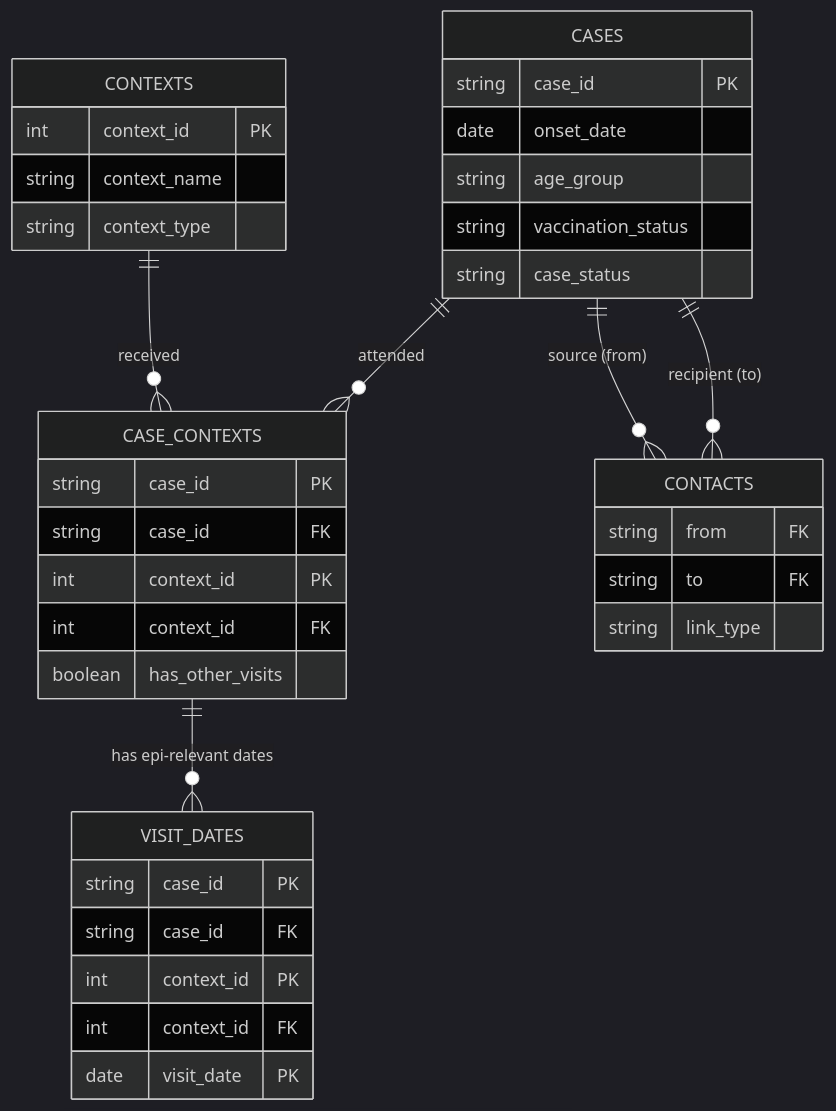
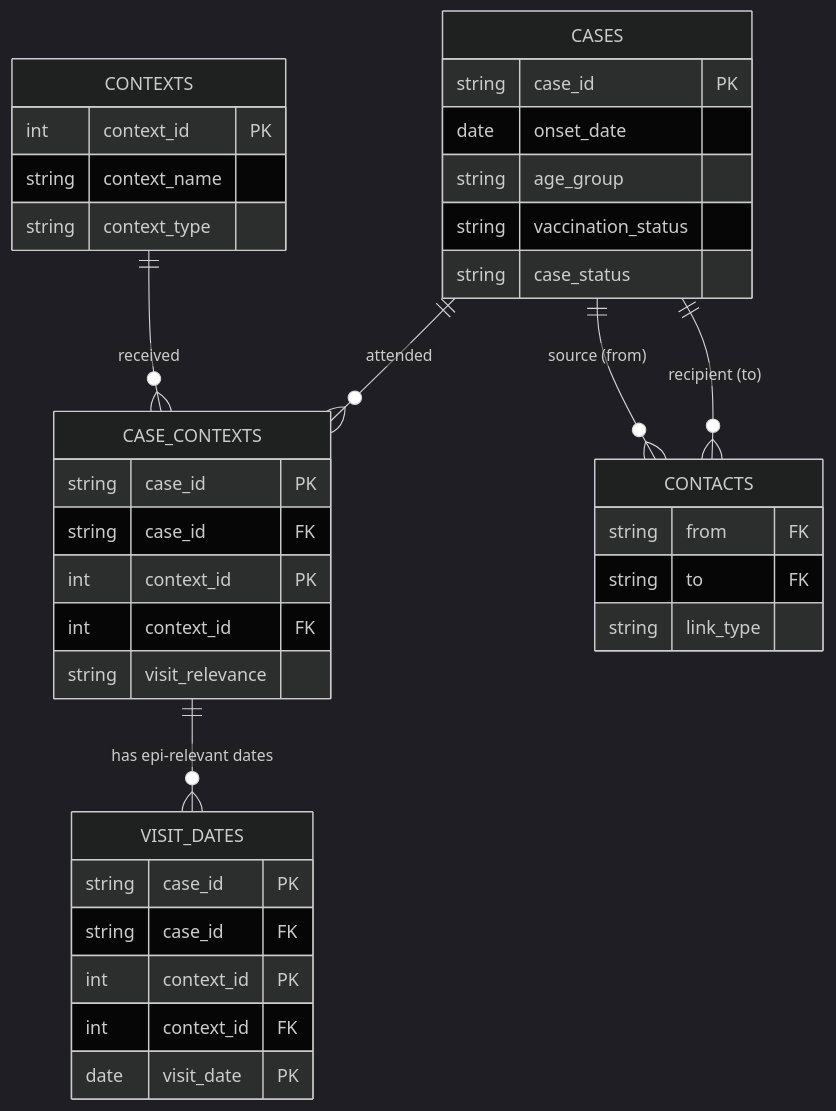
Before and after one commit to mgedmunds/network-diagram: the diagram in docs/data-model.md, drawn with Mermaid (dark theme). The commit also changed other lines of this file and 1 other file, not shown here.

First line of the commit message:
Update CLAUDE.md and data-model.md to reflect current schema

````diff
--- a/docs/data-model.md
+++ b/docs/data-model.md
@@ -81,45 +81,45 @@
 ```mermaid
 erDiagram
 
     CASES {
         string case_id PK
         date onset_date
         string age_group
         string vaccination_status
         string case_status
     }
 
     CONTEXTS {
         int context_id PK
         string context_name
         string context_type
     }
 
     CASE_CONTEXTS {
         string case_id PK
         string case_id FK
         int context_id PK
         int context_id FK
-        boolean has_other_visits
+        string visit_relevance
     }
 
     VISIT_DATES {
         string case_id PK
         string case_id FK
         int context_id PK
         int context_id FK
         date visit_date PK
     }
 
     CONTACTS {
         string from FK
         string to FK
         string link_type
     }
 
     CASES ||--o{ CASE_CONTEXTS : "attended"
     CONTEXTS ||--o{ CASE_CONTEXTS : "received"
     CASE_CONTEXTS ||--o{ VISIT_DATES : "has epi-relevant dates"
     CASES ||--o{ CONTACTS : "source (from)"
     CASES ||--o{ CONTACTS : "recipient (to)"
 ```
````
